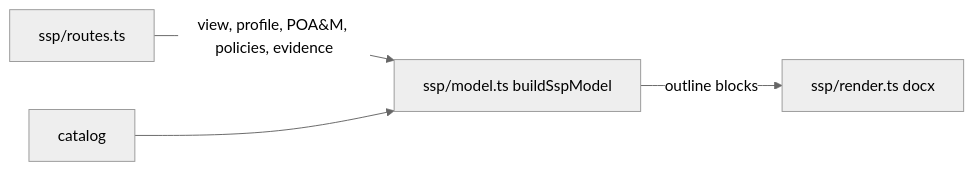
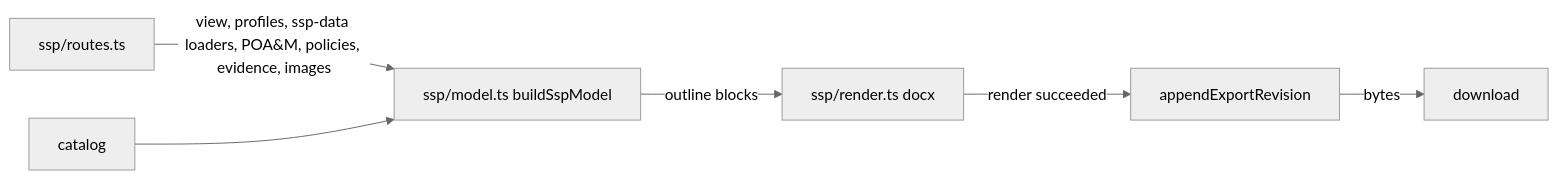
One commit to haophn01/fun-thinking-rampart changed the diagram in pod-docs/feature-details/ssp-export.md. Above: the diagram before and after it, drawn with Mermaid (neutral theme). The commit also changed other lines of this file and 4 other files, not shown here.

First line of the commit message:
docs(ssp): describe export v2, the pre-export check and their e2e checks

````diff
--- a/pod-docs/feature-details/ssp-export.md
+++ b/pod-docs/feature-details/ssp-export.md
@@ -7,6 +7,8 @@
 ```mermaid
 flowchart LR
-  R[ssp/routes.ts] -->|view, profile, POA&M, policies, evidence| M[ssp/model.ts buildSspModel]
+  R[ssp/routes.ts] -->|"view, profiles, ssp-data loaders, POA&M, policies, evidence, images"| M[ssp/model.ts buildSspModel]
   M -->|outline blocks| D[ssp/render.ts docx]
   C[catalog] --> M
+  D -->|render succeeded| A[appendExportRevision]
+  A -->|bytes| U[download]
 ```
````
